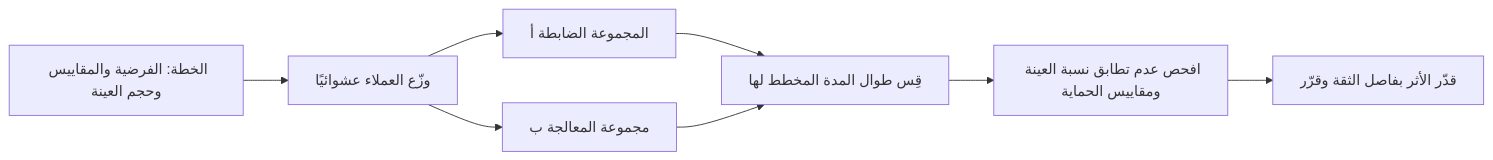
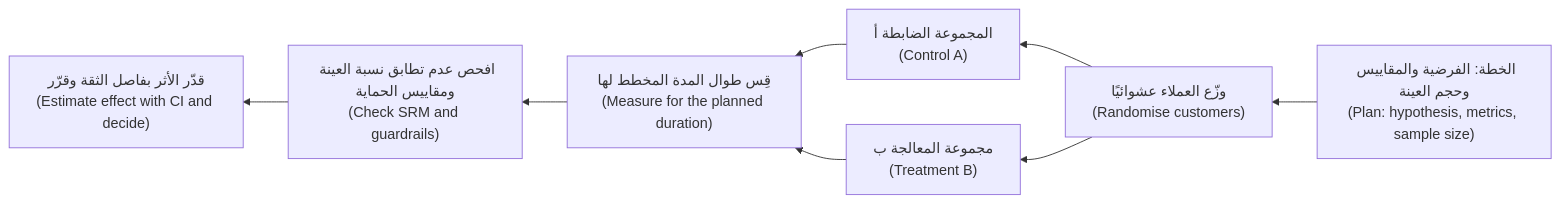
One commit to Tamoura/system-design-for-vibe-coders changed the third of 3 diagrams in data/modules/04-analytics.ar.md. Above: the diagram before and after it, drawn with Mermaid. The commit also changed other lines of this file and 20 other files, not shown here.

First line of the commit message:
New courses: Arabic diagrams read right-to-left with English labels (modules 0–6)

````diff
--- a/data/modules/04-analytics.ar.md
+++ b/data/modules/04-analytics.ar.md
@@ -564,10 +564,10 @@
 ```mermaid
-flowchart LR
-    P["الخطة: الفرضية والمقاييس وحجم العينة"] --> R["وزّع العملاء عشوائيًا"]
-    R --> A["المجموعة الضابطة أ"]
-    R --> B["مجموعة المعالجة ب"]
-    A --> M["قِس طوال المدة المخطط لها"]
+flowchart RL
+    P["الخطة: الفرضية والمقاييس وحجم العينة<br/>(Plan: hypothesis, metrics, sample size)"] --> R["وزّع العملاء عشوائيًا<br/>(Randomise customers)"]
+    R --> A["المجموعة الضابطة أ<br/>(Control A)"]
+    R --> B["مجموعة المعالجة ب<br/>(Treatment B)"]
+    A --> M["قِس طوال المدة المخطط لها<br/>(Measure for the planned duration)"]
     B --> M
-    M --> C["افحص عدم تطابق نسبة العينة ومقاييس الحماية"]
-    C --> D["قدّر الأثر بفاصل الثقة وقرّر"]
+    M --> C["افحص عدم تطابق نسبة العينة ومقاييس الحماية<br/>(Check SRM and guardrails)"]
+    C --> D["قدّر الأثر بفاصل الثقة وقرّر<br/>(Estimate effect with CI and decide)"]
 ```
````
